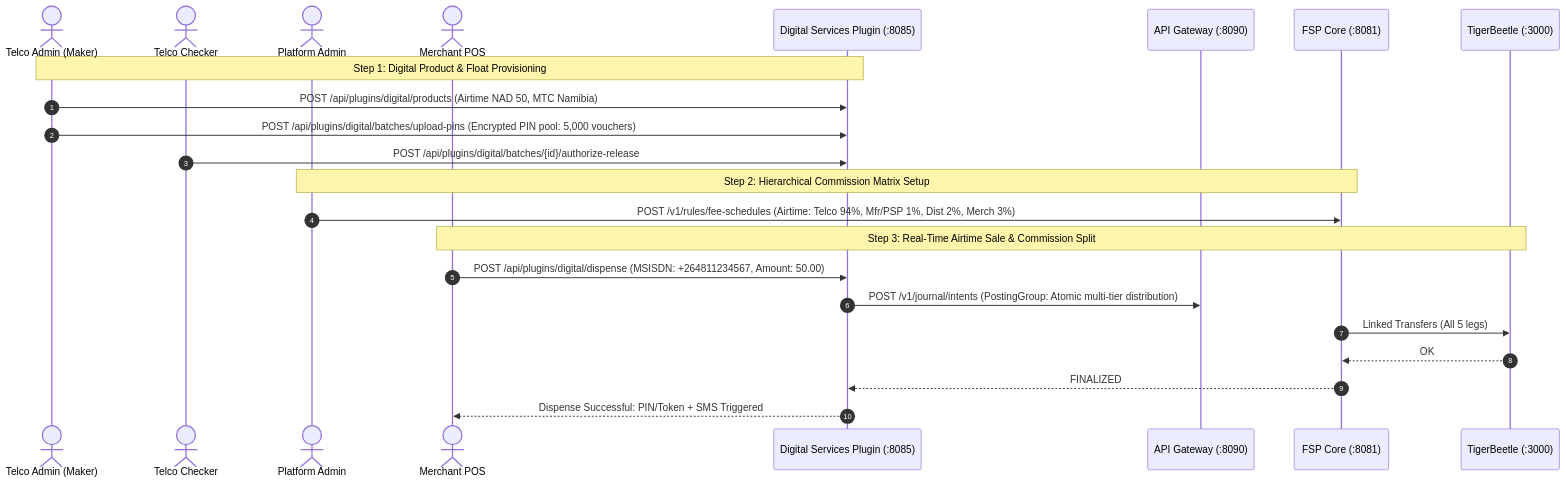
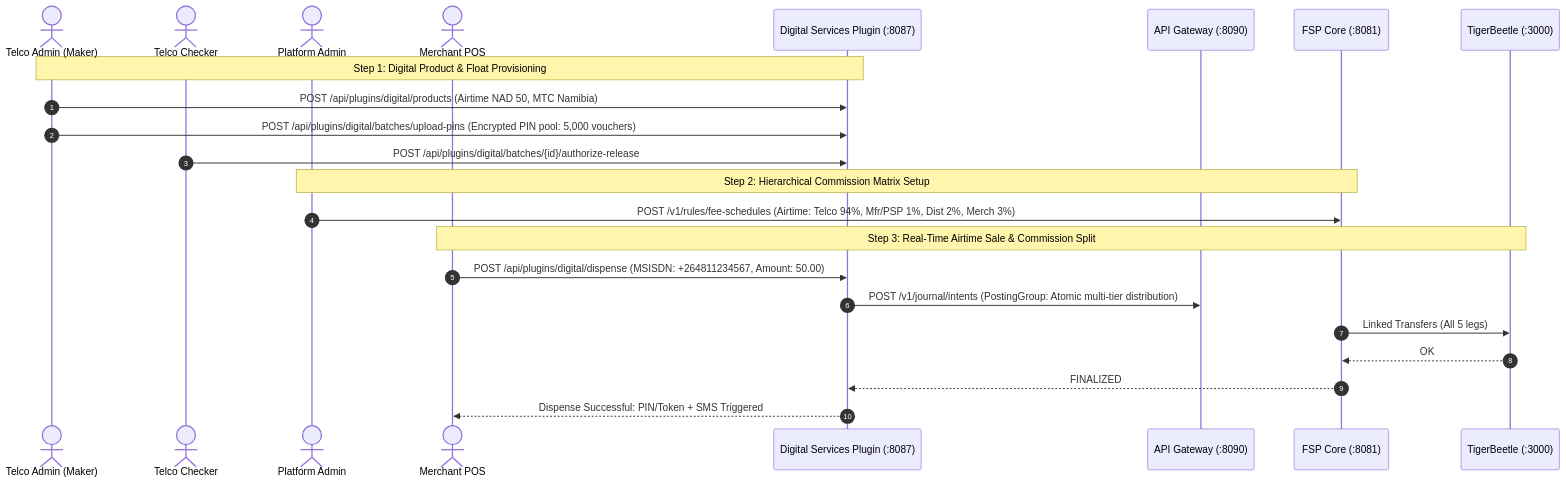
Before and after one commit to FathimaBadar/FinancialServicesPlatform: the second of 3 diagrams in docs/inventory-and-services-script-steps.md, drawn with Mermaid. The commit also changed other lines of this file and 54 other files, not shown here.

First line of the commit message:
feat: add comprehensive architecture plan for bank connectors, bill payments, PSP & EMI services

````diff
--- a/docs/inventory-and-services-script-steps.md
+++ b/docs/inventory-and-services-script-steps.md
@@ -227,28 +227,28 @@
 ```mermaid
 sequenceDiagram
     autonumber
     actor TA as Telco Admin (Maker)
     actor TC as Telco Checker
     actor PA as Platform Admin
     actor ME as Merchant POS
-    participant VAS as Digital Services Plugin (:8085)
+    participant VAS as Digital Services Plugin (:8087)
     participant GW as API Gateway (:8090)
     participant CORE as FSP Core (:8081)
     participant TB as TigerBeetle (:3000)
 
     Note over TA,VAS: Step 1: Digital Product & Float Provisioning
     TA->>VAS: POST /api/plugins/digital/products (Airtime NAD 50, MTC Namibia)
     TA->>VAS: POST /api/plugins/digital/batches/upload-pins (Encrypted PIN pool: 5,000 vouchers)
     TC->>VAS: POST /api/plugins/digital/batches/{id}/authorize-release
 
     Note over PA,CORE: Step 2: Hierarchical Commission Matrix Setup
     PA->>CORE: POST /v1/rules/fee-schedules (Airtime: Telco 94%, Mfr/PSP 1%, Dist 2%, Merch 3%)
 
     Note over ME,TB: Step 3: Real-Time Airtime Sale & Commission Split
     ME->>VAS: POST /api/plugins/digital/dispense (MSISDN: +264811234567, Amount: 50.00)
     VAS->>GW: POST /v1/journal/intents (PostingGroup: Atomic multi-tier distribution)
     CORE->>TB: Linked Transfers (All 5 legs)
     TB-->>CORE: OK
     CORE-->>VAS: FINALIZED
     VAS-->>ME: Dispense Successful: PIN/Token + SMS Triggered
 ```
````
